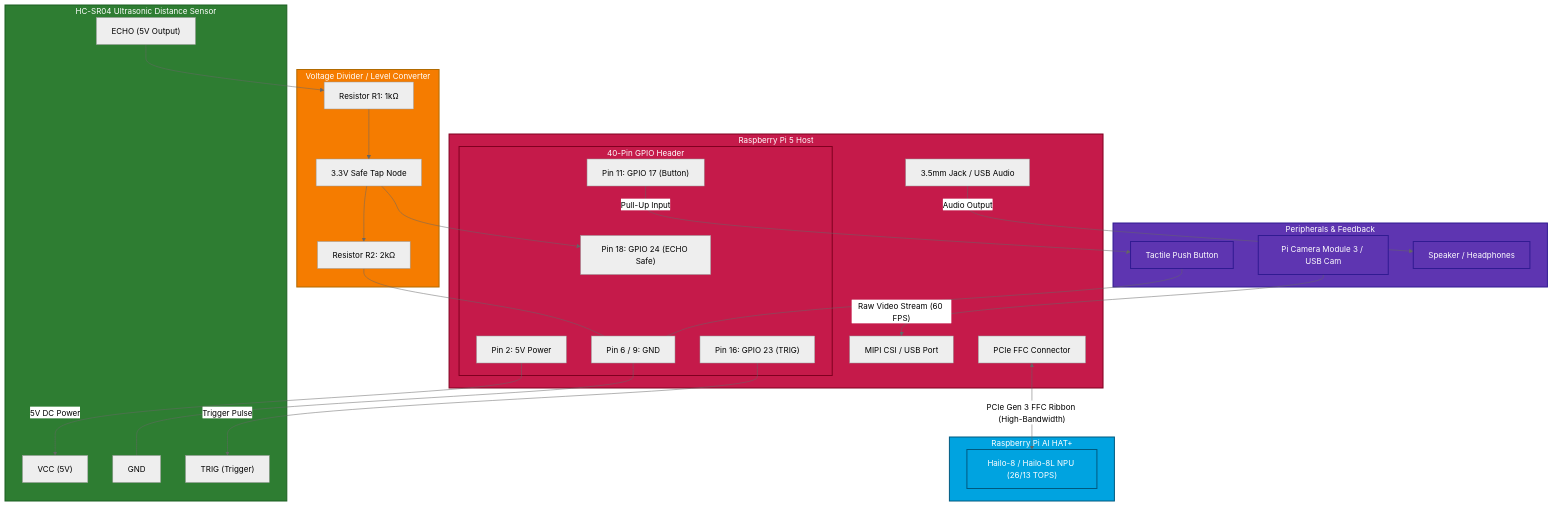
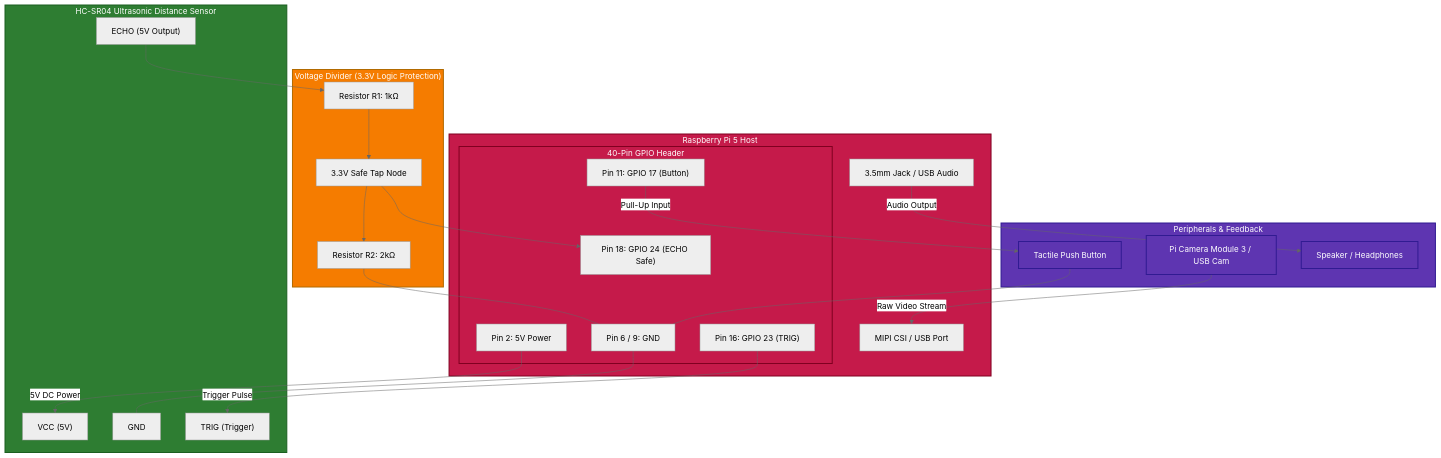
One commit to rootnode-rebels/object-detection changed the first of 2 diagrams in README.md. Above: the diagram before and after it, drawn with Mermaid (neutral theme). The commit also changed other lines of this file and 7 other files, not shown here.

Commit message:
refactor: remove NPU dependency and switch to CPU-optimized YOLOv8 architecture

````diff
--- a/README.md
+++ b/README.md
@@ -38,76 +41,66 @@
 ```mermaid
 graph TD
     subgraph Raspberry_Pi_5 ["Raspberry Pi 5 Host"]
-        PCIE["PCIe FFC Connector"]
         CSI["MIPI CSI / USB Port"]
         AUDIO_OUT["3.5mm Jack / USB Audio"]
         
         subgraph GPIO_Header ["40-Pin GPIO Header"]
             PIN2["Pin 2: 5V Power"]
             PIN6["Pin 6 / 9: GND"]
             PIN16["Pin 16: GPIO 23 (TRIG)"]
             PIN18["Pin 18: GPIO 24 (ECHO Safe)"]
             PIN11["Pin 11: GPIO 17 (Button)"]
         end
     end
 
-    subgraph AI_HAT ["Raspberry Pi AI HAT+"]
-        NPU["Hailo-8 / Hailo-8L NPU (26/13 TOPS)"]
-    end
-
     subgraph Ultrasonic_Sensor ["HC-SR04 Ultrasonic Distance Sensor"]
         US_VCC["VCC (5V)"]
         US_GND["GND"]
         US_TRIG["TRIG (Trigger)"]
         US_ECHO["ECHO (5V Output)"]
     end
 
-    subgraph Voltage_Divider ["Voltage Divider / Level Converter"]
+    subgraph Voltage_Divider ["Voltage Divider (3.3V Logic Protection)"]
         R1["Resistor R1: 1kΩ"]
         R2["Resistor R2: 2kΩ"]
         DIV_NODE["3.3V Safe Tap Node"]
     end
 
-    subgraph Input_Output ["Peripherals & Feedback"]
+    subgraph Peripherals ["Peripherals & Feedback"]
         BTN["Tactile Push Button"]
         CAM["Pi Camera Module 3 / USB Cam"]
         SPK["Speaker / Headphones"]
     end
 
-    %% PCIe Link
-    PCIE <-->|"PCIe Gen 3 FFC Ribbon (High-Bandwidth)"| NPU
-
     %% Camera Link
-    CAM -->|"Raw Video Stream (60 FPS)"| CSI
+    CAM -->|"Raw Video Stream"| CSI
 
     %% Audio Link
     AUDIO_OUT -->|"Audio Output"| SPK
 
     %% Ultrasonic Wiring
     PIN2 -->|"5V DC Power"| US_VCC
     PIN6 --- US_GND
     PIN16 -->|"Trigger Pulse"| US_TRIG
 
     %% Voltage Divider Wiring
     US_ECHO --> R1
     R1 --> DIV_NODE
     DIV_NODE --> PIN18
     DIV_NODE --> R2
     R2 --- PIN6
 
     %% Push Button Wiring
     PIN11 -->|"Pull-Up Input"| BTN
     BTN --- PIN6
 
     classDef rpi fill:#c51a4a,stroke:#800020,stroke-width:2px,color:#fff;
-    classDef hailo fill:#00a3e0,stroke:#005a80,stroke-width:2px,color:#fff;
     classDef sensor fill:#2e7d32,stroke:#1b5e20,stroke-width:2px,color:#fff;
     classDef divider fill:#f57c00,stroke:#b26a00,stroke-width:2px,color:#fff;
     classDef io fill:#5e35b1,stroke:#311b92,stroke-width:2px,color:#fff;
 
     class Raspberry_Pi_5,GPIO_Header rpi;
-    class AI_HAT,NPU hailo;
     class Ultrasonic_Sensor sensor;
     class Voltage_Divider divider;
-    class Input_Output,BTN,CAM,SPK io;
+    class Peripherals,BTN,CAM,SPK io;
 ```
````
